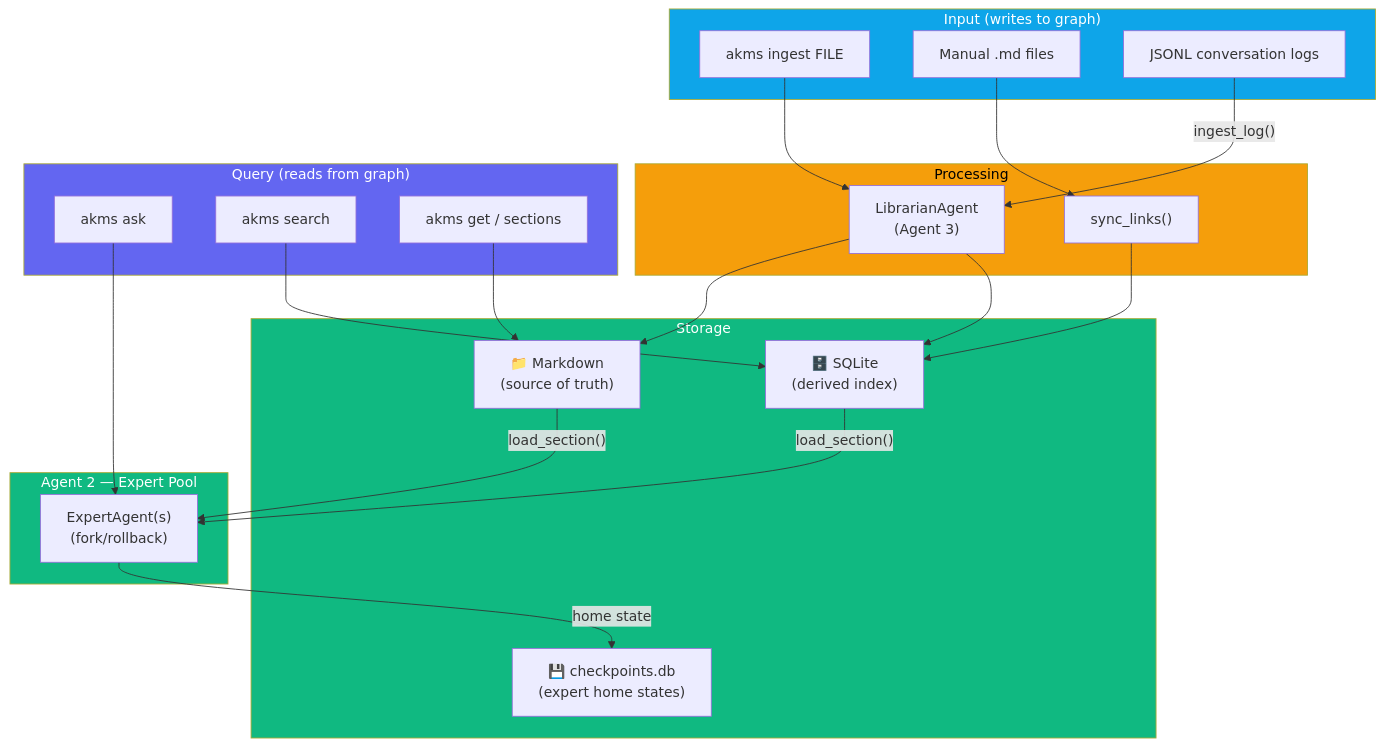
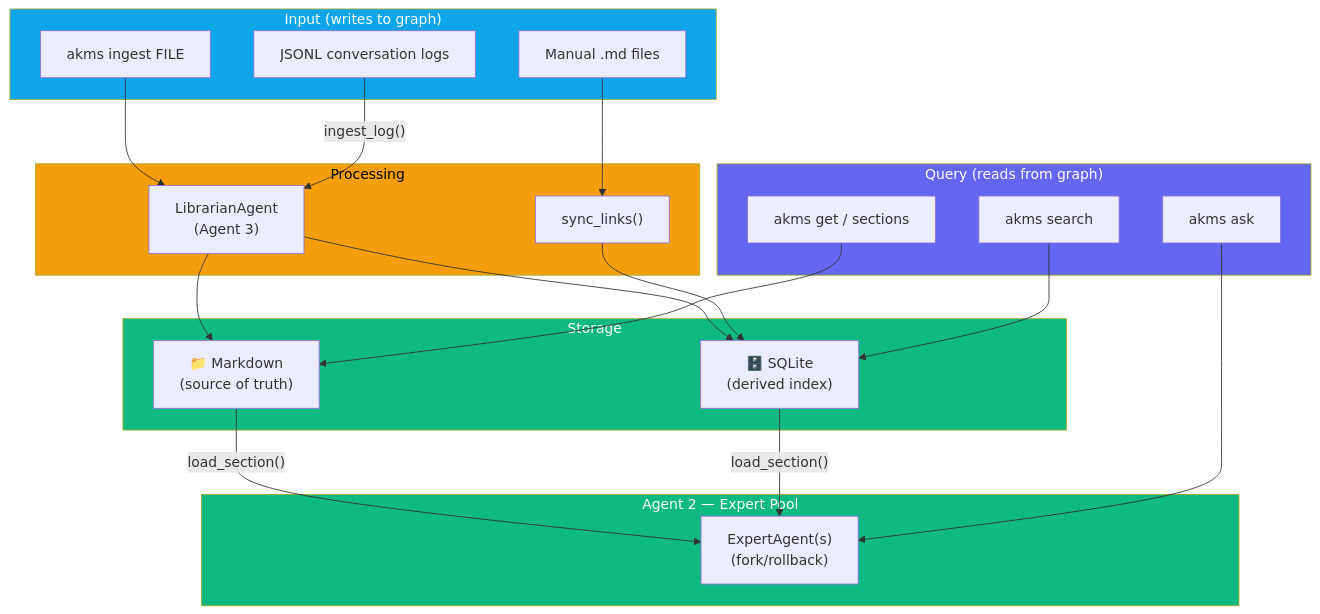
Before and after one commit to TheRealOP/Agent-Knowledge-Management-System: diagram 15 of 15 in how-this-works.md, drawn with Mermaid. The commit also changed other lines of this file and 19 other files, not shown here.

````diff
--- a/how-this-works.md
+++ b/how-this-works.md
@@ -631,44 +561,42 @@
 ```mermaid
 flowchart TB
     subgraph Input["Input (writes to graph)"]
         Ingest["akms ingest FILE"]
         Manual["Manual .md files"]
         Logs["JSONL conversation logs"]
     end
 
     subgraph Processing
         Lib["LibrarianAgent\n(Agent 3)"]
         Sync["sync_links()"]
     end
 
     subgraph Storage
         Wiki["📁 Markdown\n(source of truth)"]
         DB["🗄️ SQLite\n(derived index)"]
-        CP["💾 checkpoints.db\n(expert home states)"]
     end
 
     subgraph Query["Query (reads from graph)"]
         Ask["akms ask"]
         Search["akms search"]
         Get["akms get / sections"]
     end
 
     subgraph Agents["Agent 2 — Expert Pool"]
         Exp["ExpertAgent(s)\n(fork/rollback)"]
     end
 
     Ingest --> Lib --> Wiki & DB
     Manual --> Sync --> DB
     Logs -->|"ingest_log()"| Lib
     Wiki & DB -->|"load_section()"| Exp
-    Exp -->|"home state"| CP
     Ask --> Exp
     Search --> DB
     Get --> Wiki
 
     style Input fill:#0ea5e9,color:#fff
     style Processing fill:#f59e0b,color:#000
     style Storage fill:#10b981,color:#fff
     style Query fill:#6366f1,color:#fff
     style Agents fill:#10b981,color:#fff
 ```
````
